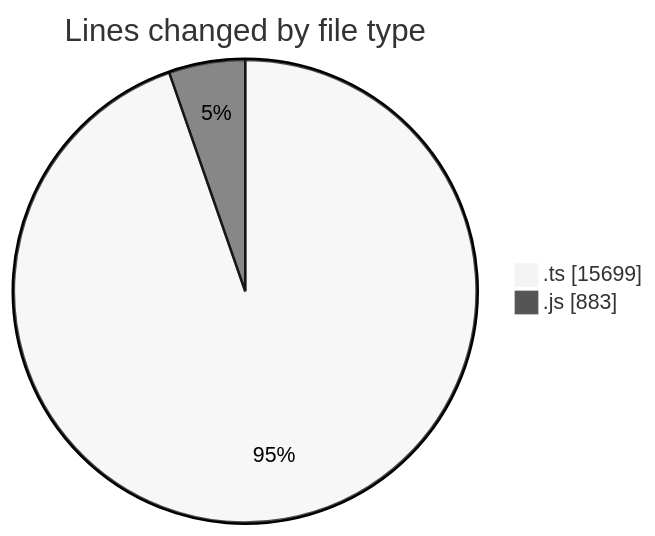
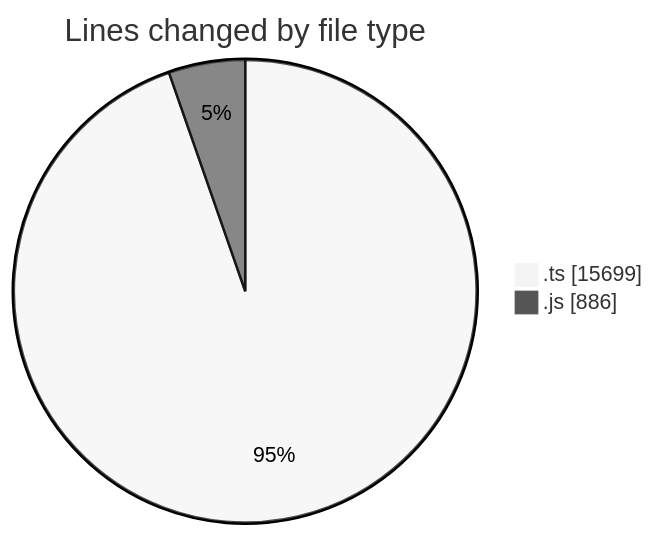
One commit to momahboobian/code-tracking changed the first of 2 diagrams in 2026-02-05/cda/README.md. Above: the diagram before and after it, drawn with Mermaid (neutral theme). The commit also changed other lines of this file and 1 other file, not shown here.

````diff
--- a/2026-02-05/cda/README.md
+++ b/2026-02-05/cda/README.md
@@ -24,6 +24,6 @@
 ```mermaid
 pie showData
 title Lines changed by file type
 ".ts" : 15699
-".js" : 883
+".js" : 886
 ```
````
